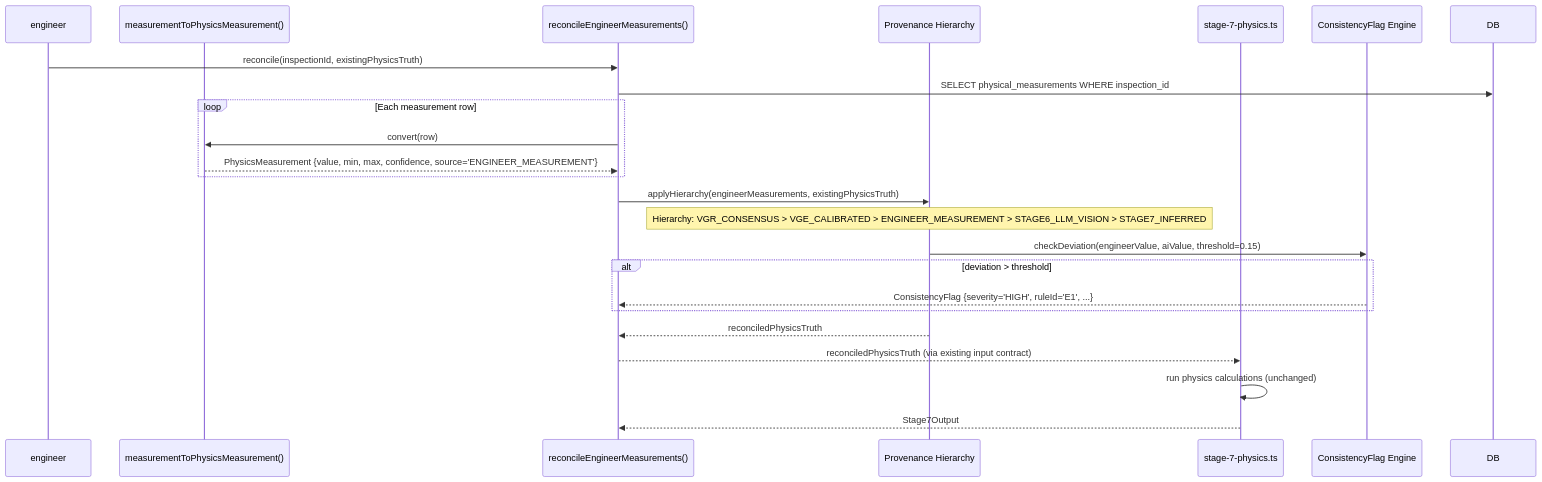
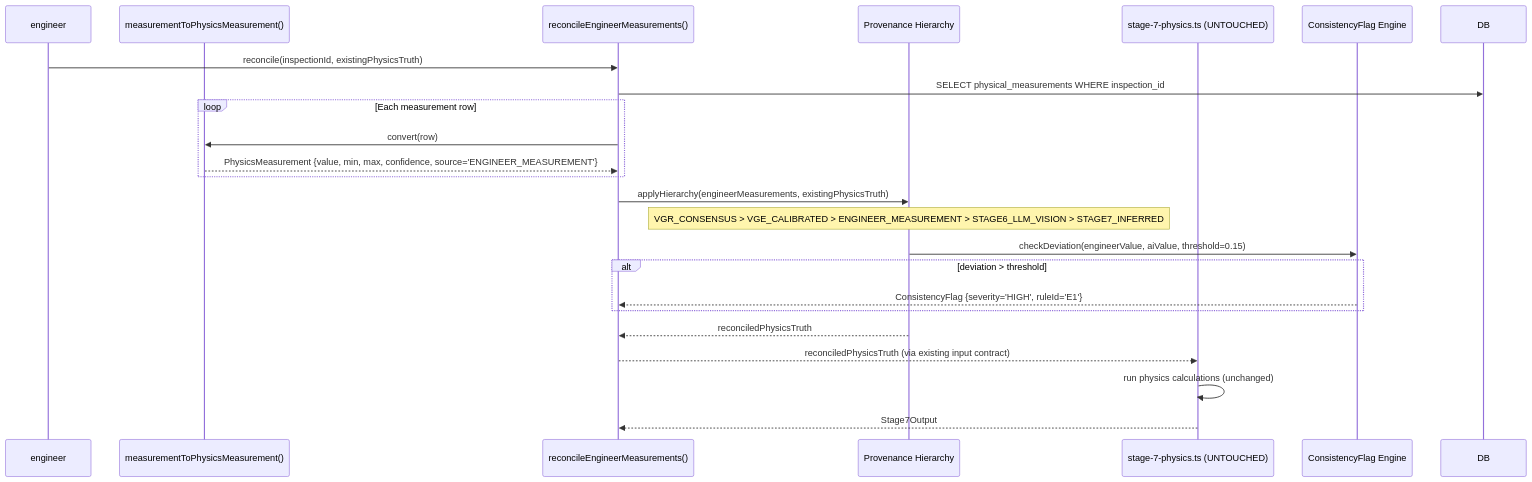
Before and after one commit to Tavshok/KINGA: the second of 3 diagrams in docs/KINGA-Epic3-Technical-Design-Specification.md, drawn with Mermaid. The commit also changed other lines of this file and 1 other file, not shown here.

````diff
--- a/docs/KINGA-Epic3-Technical-Design-Specification.md
+++ b/docs/KINGA-Epic3-Technical-Design-Specification.md
@@ -776,26 +810,26 @@
 ```mermaid
 sequenceDiagram
     participant Eng as engineer
     participant Adapter as measurementToPhysicsMeasurement()
     participant Recon as reconcileEngineerMeasurements()
     participant Hier as Provenance Hierarchy
-    participant Physics as stage-7-physics.ts
+    participant Physics as stage-7-physics.ts (UNTOUCHED)
     participant Flags as ConsistencyFlag Engine
 
     Eng->>Recon: reconcile(inspectionId, existingPhysicsTruth)
     Recon->>DB: SELECT physical_measurements WHERE inspection_id
     loop Each measurement row
         Recon->>Adapter: convert(row)
         Adapter-->>Recon: PhysicsMeasurement {value, min, max, confidence, source='ENGINEER_MEASUREMENT'}
     end
     Recon->>Hier: applyHierarchy(engineerMeasurements, existingPhysicsTruth)
-    Note over Hier: Hierarchy: VGR_CONSENSUS > VGE_CALIBRATED > ENGINEER_MEASUREMENT > STAGE6_LLM_VISION > STAGE7_INFERRED
+    Note over Hier: VGR_CONSENSUS > VGE_CALIBRATED > ENGINEER_MEASUREMENT > STAGE6_LLM_VISION > STAGE7_INFERRED
     Hier->>Flags: checkDeviation(engineerValue, aiValue, threshold=0.15)
     alt deviation > threshold
-        Flags-->>Recon: ConsistencyFlag {severity='HIGH', ruleId='E1', ...}
+        Flags-->>Recon: ConsistencyFlag {severity='HIGH', ruleId='E1'}
     end
     Hier-->>Recon: reconciledPhysicsTruth
     Recon-->>Physics: reconciledPhysicsTruth (via existing input contract)
     Physics->>Physics: run physics calculations (unchanged)
     Physics-->>Recon: Stage7Output
 ```
````
